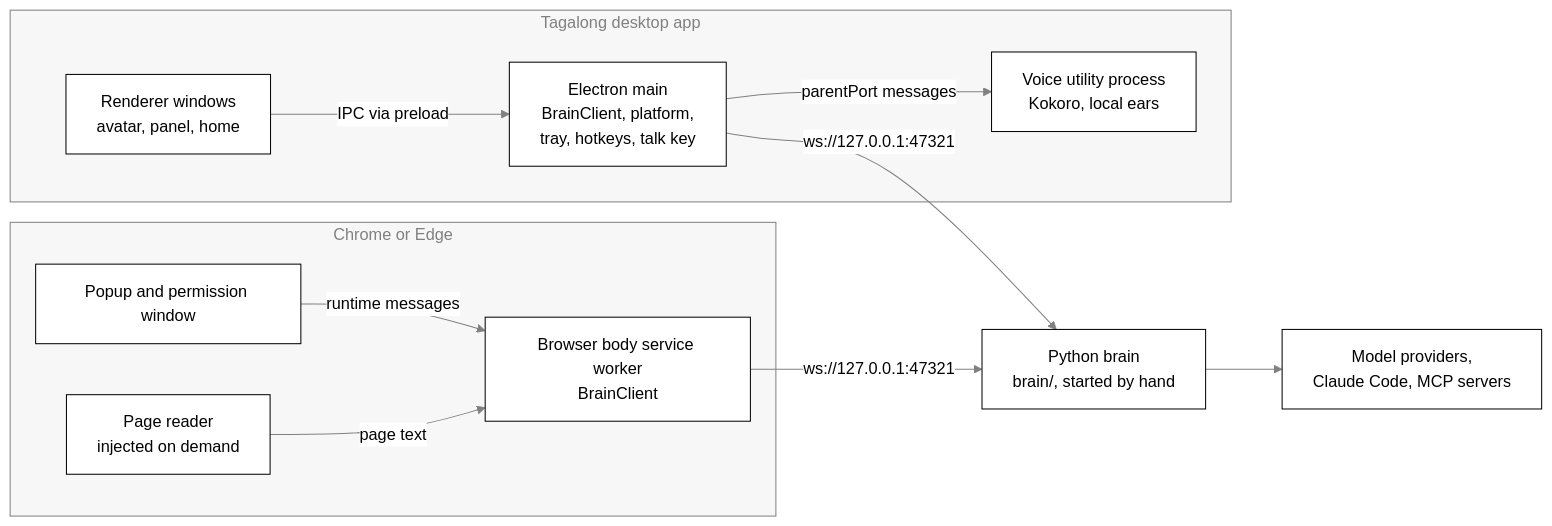
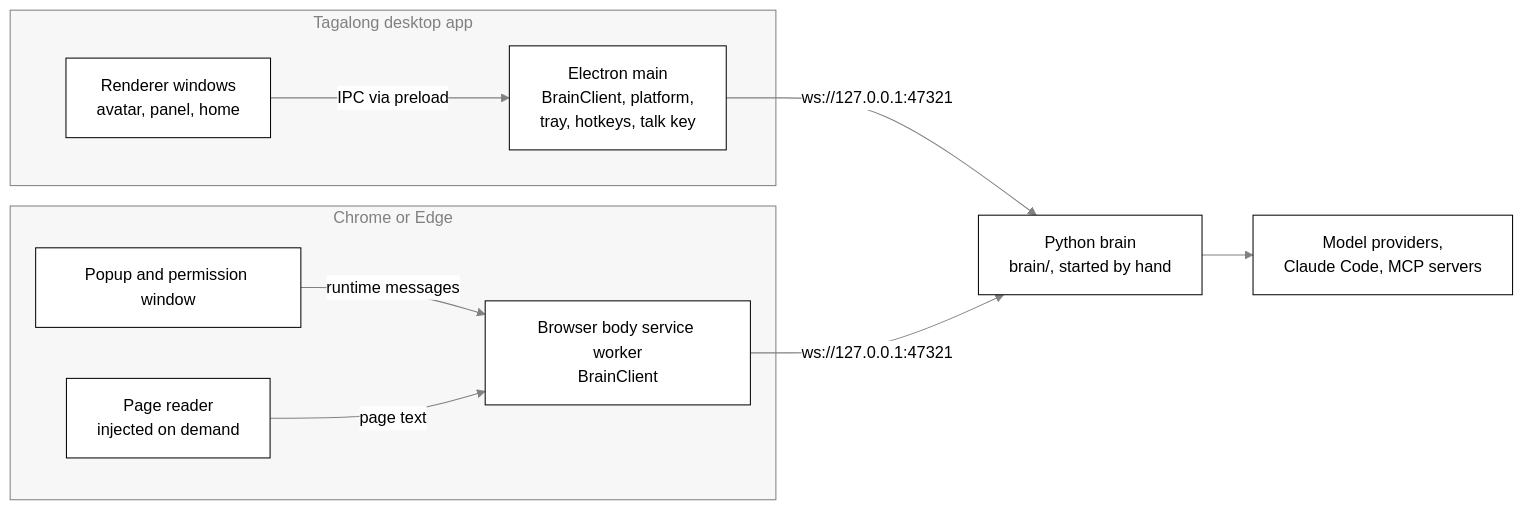
The first of 3 diagrams in docs/architecture.md (nadeem4/tagalong), drawn with Mermaid before and after one commit. The commit also changed other lines of this file and 101 other files, not shown here.

First line of the commit message:
refactor(desktop): hear and speak through the brain, drop the voice process (15d) (#220)

````diff
--- a/docs/architecture.md
+++ b/docs/architecture.md
@@ -31,23 +31,21 @@
 ```mermaid
 %%{init: {"theme": "base", "themeVariables": {"primaryColor": "#ffffff", "primaryTextColor": "#000000", "primaryBorderColor": "#000000", "lineColor": "#808080", "secondaryColor": "#f2f2f2", "tertiaryColor": "#ffffff", "clusterBkg": "#f7f7f7", "clusterBorder": "#808080", "edgeLabelBackground": "#ffffff", "titleColor": "#808080", "fontFamily": "Segoe UI, Helvetica, Arial, sans-serif"}}}%%
 flowchart LR
   subgraph Electron["Tagalong desktop app"]
     R["Renderer windows<br>avatar, panel, home"]
     M["Electron main<br>BrainClient, platform,<br>tray, hotkeys, talk key"]
-    V["Voice utility process<br>Kokoro, local ears"]
   end
   subgraph Chrome["Chrome or Edge"]
     SW["Browser body service worker<br>BrainClient"]
     PU["Popup and permission window"]
     CS["Page reader<br>injected on demand"]
   end
   P["Python brain<br>brain/, started by hand"]
   X["Model providers,<br>Claude Code, MCP servers"]
   R -- "IPC via preload" --> M
   M -- "ws://127.0.0.1:47321" --> P
-  M -- "parentPort messages" --> V
   SW -- "ws://127.0.0.1:47321" --> P
   PU -- "runtime messages" --> SW
   CS -- "page text" --> SW
   P --> X
 ```
````
